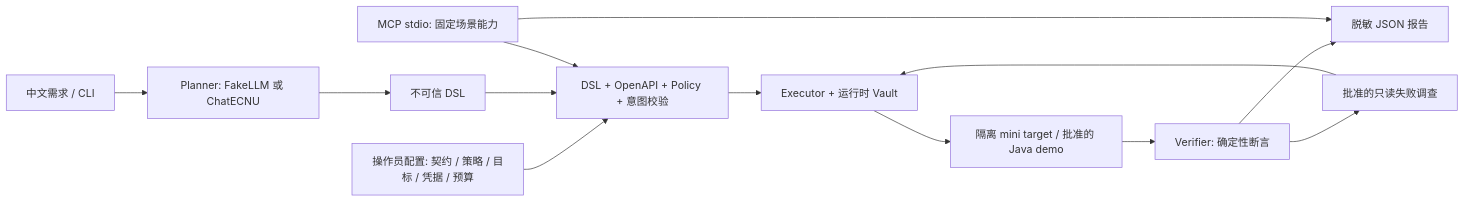
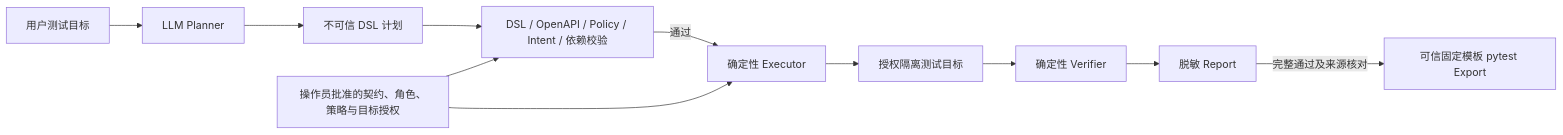
Before and after one commit to mofengyan595/agenttest: the diagram in README.md, drawn with Mermaid. The commit also changed other lines of this file, not shown here.

Commit message:
docs: reorganize README around architecture and verified capabilities

````diff
--- a/README.md
+++ b/README.md
@@ -181,15 +51,13 @@
 ```mermaid
 flowchart LR
-    U[中文需求 / CLI] --> P[Planner: FakeLLM 或 ChatECNU]
-    P --> D[不可信 DSL]
-    O[操作员配置: 契约 / 策略 / 目标 / 凭据 / 预算] --> V[DSL + OpenAPI + Policy + 意图校验]
+    U[用户测试目标] --> P[LLM Planner]
+    P --> D[不可信 DSL 计划]
+    O[操作员批准的契约、角色、策略与目标授权] --> V[DSL / OpenAPI / Policy / Intent / 依赖校验]
     D --> V
-    V --> E[Executor + 运行时 Vault]
-    E --> H[隔离 mini target / 批准的 Java demo]
-    H --> F[Verifier: 确定性断言]
-    F --> R[脱敏 JSON 报告]
-    F --> I[批准的只读失败调查]
-    I --> E
-    M[MCP stdio: 固定场景能力] --> V
-    M --> R
+    V --> |通过| E[确定性 Executor]
+    O --> E
+    E --> T[授权隔离测试目标]
+    T --> F[确定性 Verifier]
+    F --> R[脱敏 Report]
+    R --> |完整通过及来源核对| X[可信固定模板 pytest Export]
 ```
````
